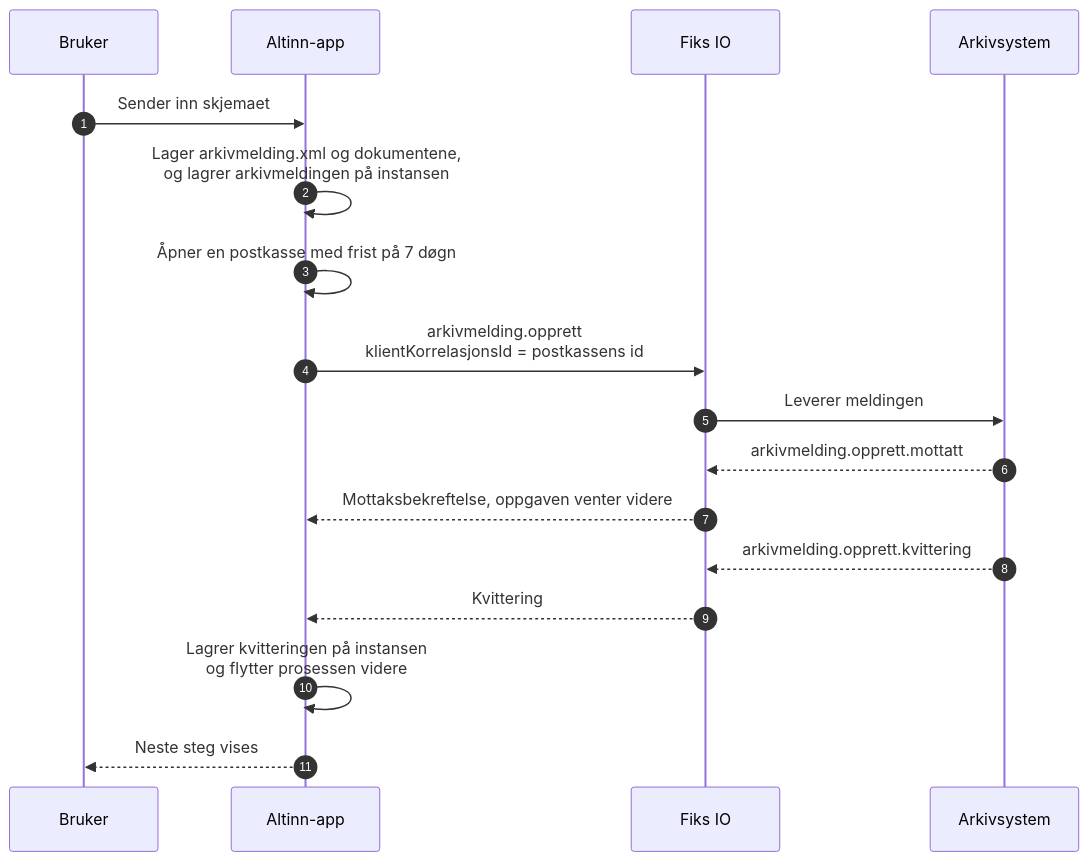
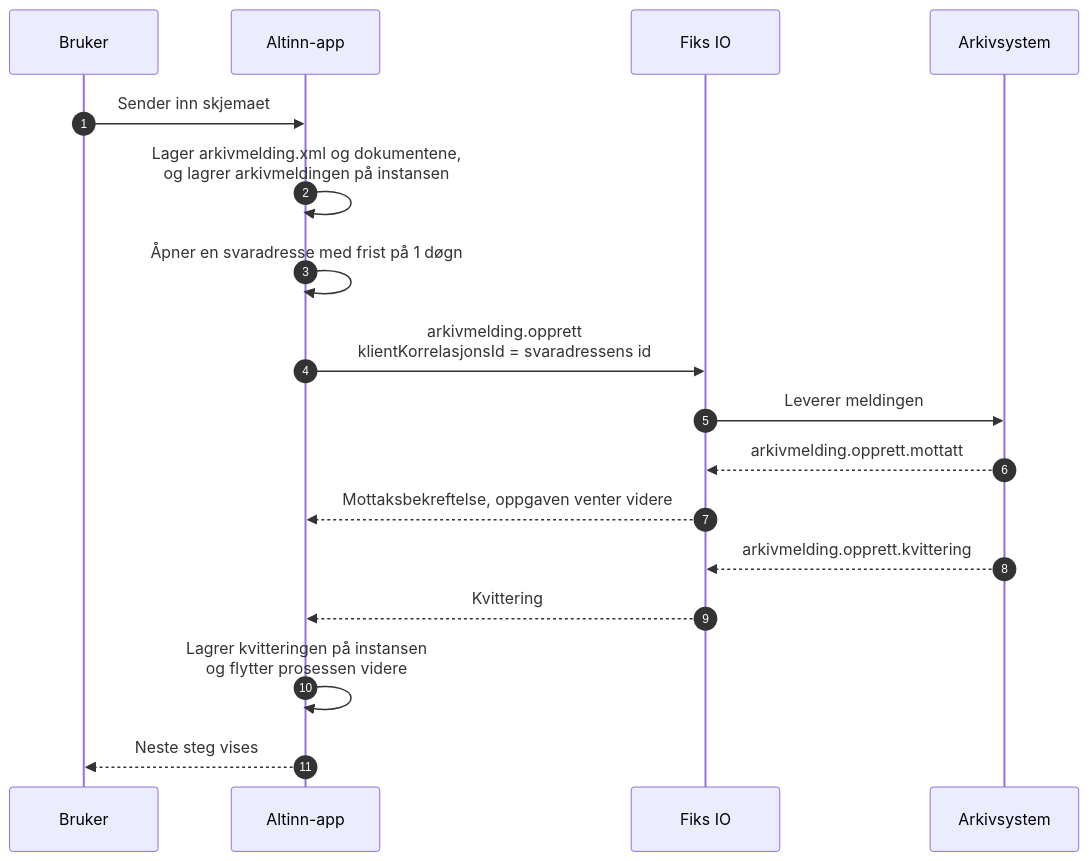
One commit to Altinn/altinn-studio-docs changed the diagram in content/altinn-studio/v9/receive-data/fiks-arkiv/_index.nb.md. Above: the diagram before and after it, drawn with Mermaid. The commit also changed other lines of this file, not shown here.

Commit message:
docs(v9): Fiks Arkiv waits on a reply address for one day

```diff
--- a/content/altinn-studio/v9/receive-data/fiks-arkiv/_index.nb.md
+++ b/content/altinn-studio/v9/receive-data/fiks-arkiv/_index.nb.md
@@ -33,20 +33,20 @@
 {{< mermaid >}}
 sequenceDiagram
     autonumber
     participant Bruker
     participant App as Altinn-app
     participant FiksIO as Fiks IO
     participant Arkiv as Arkivsystem
 
     Bruker->>App: Sender inn skjemaet
     App->>App: Lager arkivmelding.xml og dokumentene,<br>og lagrer arkivmeldingen på instansen
-    App->>App: Åpner en postkasse med frist på 7 døgn
-    App->>FiksIO: arkivmelding.opprett<br>klientKorrelasjonsId = postkassens id
+    App->>App: Åpner en svaradresse med frist på 1 døgn
+    App->>FiksIO: arkivmelding.opprett<br>klientKorrelasjonsId = svaradressens id
     FiksIO->>Arkiv: Leverer meldingen
     Arkiv-->>FiksIO: arkivmelding.opprett.mottatt
     FiksIO-->>App: Mottaksbekreftelse, oppgaven venter videre
     Arkiv-->>FiksIO: arkivmelding.opprett.kvittering
     FiksIO-->>App: Kvittering
     App->>App: Lagrer kvitteringen på instansen<br>og flytter prosessen videre
     App-->>Bruker: Neste steg vises
 {{< /mermaid >}}
```
